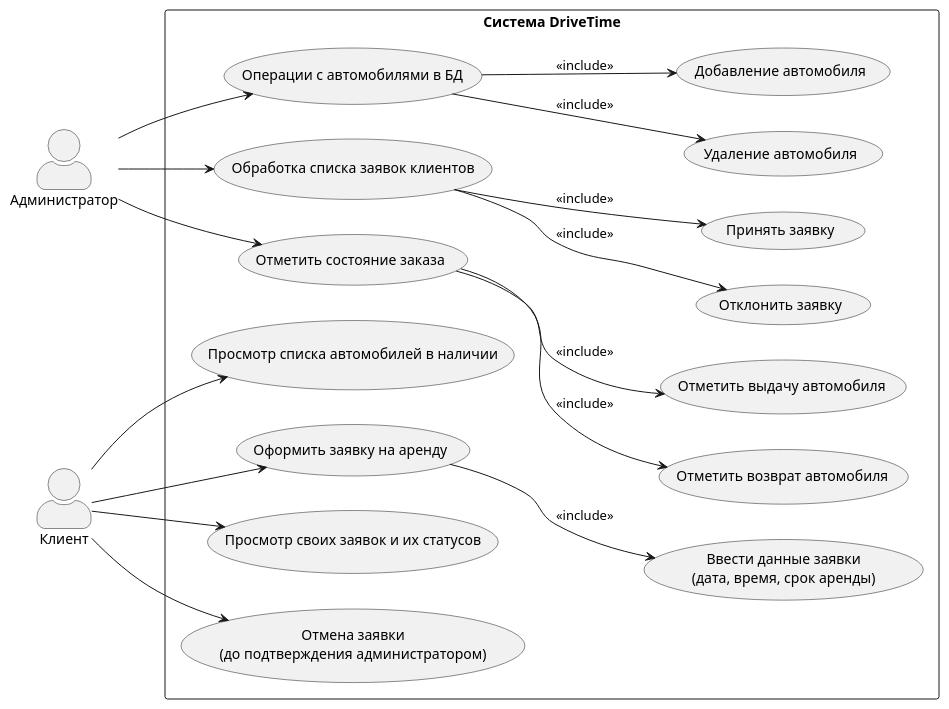
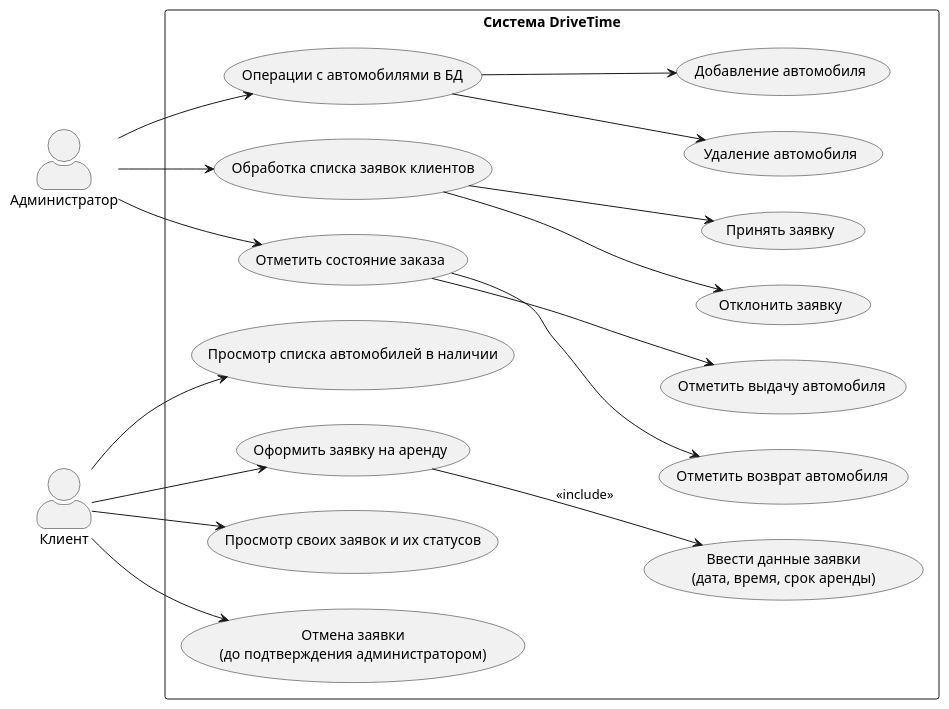
Before and after one commit to gitanowe/DriveTime: the diagram in docs/diagrams/uml.puml, drawn with PlantUML. The commit also changed 1 other file, not shown here.

```diff
--- a/docs/diagrams/uml.puml
+++ b/docs/diagrams/uml.puml
@@ -1,48 +1,48 @@
 @startuml
 left to right direction
 skinparam packageStyle rectangle
 skinparam actorStyle awesome
 
 actor "Администратор" as Admin
 actor "Клиент" as User
 
 rectangle "Система DriveTime" {
 
   usecase "Просмотр списка автомобилей в наличии" as UC_ViewCars
   usecase "Оформить заявку на аренду" as UC_Request
   usecase "Ввести данные заявки\n(дата, время, срок аренды)" as UC_InputData
   usecase "Просмотр своих заявок и их статусов" as UC_ViewRequests
   usecase "Отмена заявки\n(до подтверждения администратором)" as UC_CancelRequest
 
   usecase "Операции с автомобилями в БД" as UC_CarOperations
   usecase "Добавление автомобиля" as UC_AddCar
   usecase "Удаление автомобиля" as UC_RemoveCar
   usecase "Обработка списка заявок клиентов" as UC_ProcessRequests
   usecase "Принять заявку" as UC_AcceptRequest
   usecase "Отклонить заявку" as UC_RejectRequest
   usecase "Отметить состояние заказа" as UC_OrderStatus
   usecase "Отметить выдачу автомобиля" as UC_GiveCar
   usecase "Отметить возврат автомобиля" as UC_ReturnCar
 }
 
 User --> UC_ViewCars
 User --> UC_Request
 User --> UC_ViewRequests
 User --> UC_CancelRequest
 
 UC_Request --> UC_InputData : <<include>>
 
 Admin --> UC_CarOperations
 Admin --> UC_ProcessRequests
 Admin --> UC_OrderStatus
 
-UC_CarOperations --> UC_AddCar : <<include>>
-UC_CarOperations --> UC_RemoveCar : <<include>>
+UC_CarOperations --> UC_AddCar
+UC_CarOperations --> UC_RemoveCar
 
-UC_ProcessRequests --> UC_AcceptRequest : <<include>>
-UC_ProcessRequests --> UC_RejectRequest : <<include>>
+UC_ProcessRequests --> UC_AcceptRequest
+UC_ProcessRequests --> UC_RejectRequest
 
-UC_OrderStatus --> UC_GiveCar : <<include>>
-UC_OrderStatus --> UC_ReturnCar : <<include>>
+UC_OrderStatus --> UC_GiveCar
+UC_OrderStatus --> UC_ReturnCar
 
 @enduml
```
